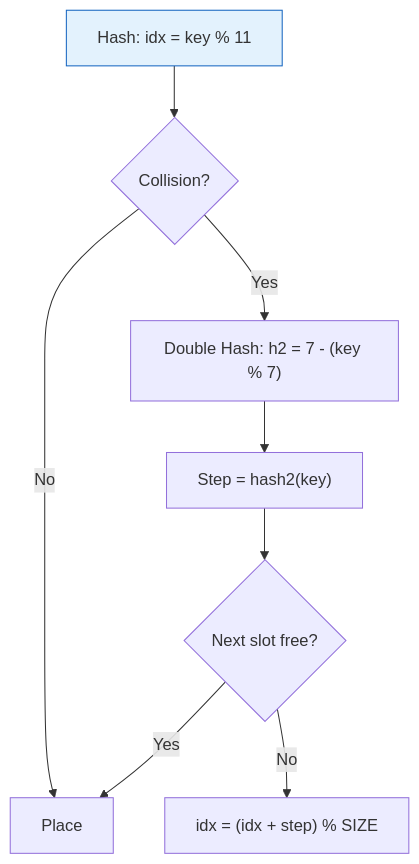
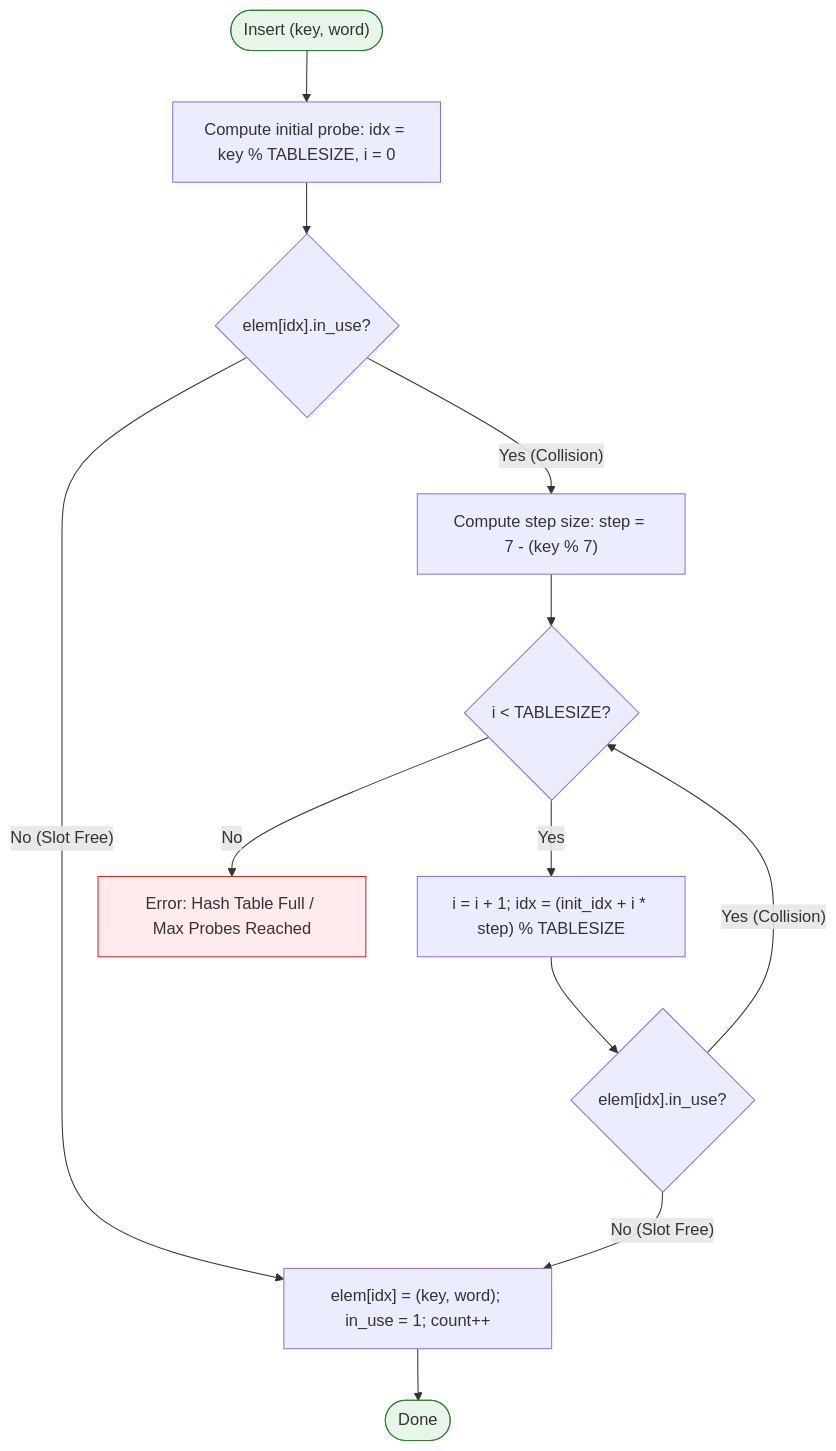
Before and after one commit to imyash0722/SEM3-DSA-UE25CS52A-STUDY-MATERIAL: the ninth of 11 diagrams in site/docs/unit4/theory/unit4_02_collision_resolution.md, drawn with Mermaid. The commit also changed other lines of this file and 6 other files, not shown here.

Commit message:
Fix Double Hashing algorithm flow, collision calculations, and Trie step visualization

````diff
--- a/site/docs/unit4/theory/unit4_02_collision_resolution.md
+++ b/site/docs/unit4/theory/unit4_02_collision_resolution.md
@@ -335,12 +336,23 @@
 ```mermaid
-graph TD
-    Start["Hash: idx = key % 11"] --> Probe{"Collision?"}
-    Probe -- No --> Place["Place"]
-    Probe -- Yes --> DH["Double Hash: h2 = 7 - (key % 7)"]
-    DH --> Step["Step = hash2(key)"]
-    Step --> Probe2{"Next slot free?"}
-    Probe2 -- Yes --> Place
-    Probe2 -- No --> AddStep["idx = (idx + step) % SIZE"]
+flowchart TD
+    Start(["Insert (key, word)"]) --> Hash["Compute initial probe: idx = key % TABLESIZE, i = 0"]
+    Hash --> CheckInit{"elem[idx].in_use?"}
     
-    style Start fill:#e3f2fd,stroke:#1565c0
+    CheckInit -- "No (Slot Free)" --> Place["elem[idx] = (key, word); in_use = 1; count++"]
+    Place --> Done(["Done"])
+    
+    CheckInit -- "Yes (Collision)" --> CalcStep["Compute step size: step = 7 - (key % 7)"]
+    CalcStep --> CheckFull{"i < TABLESIZE?"}
+    
+    CheckFull -- "Yes" --> NextProbe["i = i + 1; idx = (init_idx + i * step) % TABLESIZE"]
+    NextProbe --> CheckSlot{"elem[idx].in_use?"}
+    
+    CheckSlot -- "No (Slot Free)" --> Place
+    CheckSlot -- "Yes (Collision)" --> CheckFull
+    
+    CheckFull -- "No" --> Full["Error: Hash Table Full / Max Probes Reached"]
+    
+    style Start fill:#e8f5e9,stroke:#2e7d32
+    style Done fill:#e8f5e9,stroke:#2e7d32
+    style Full fill:#ffebee,stroke:#c62828
 ```
````
